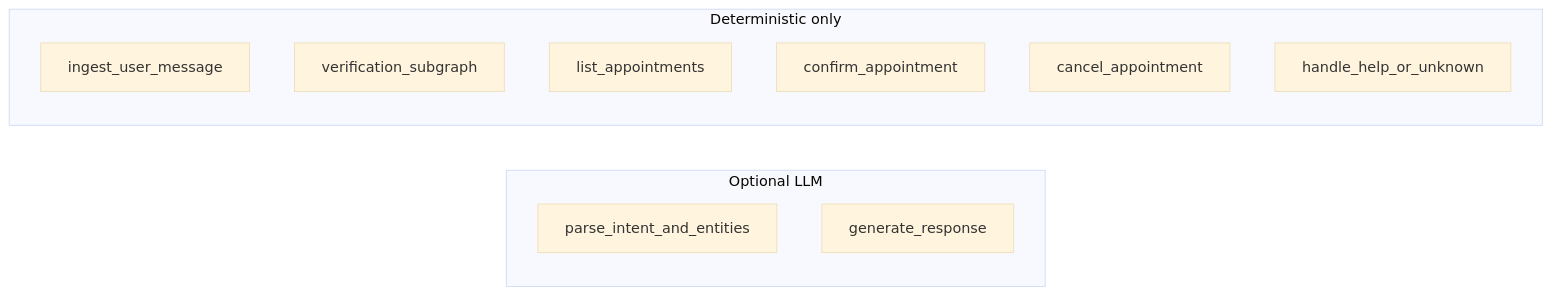
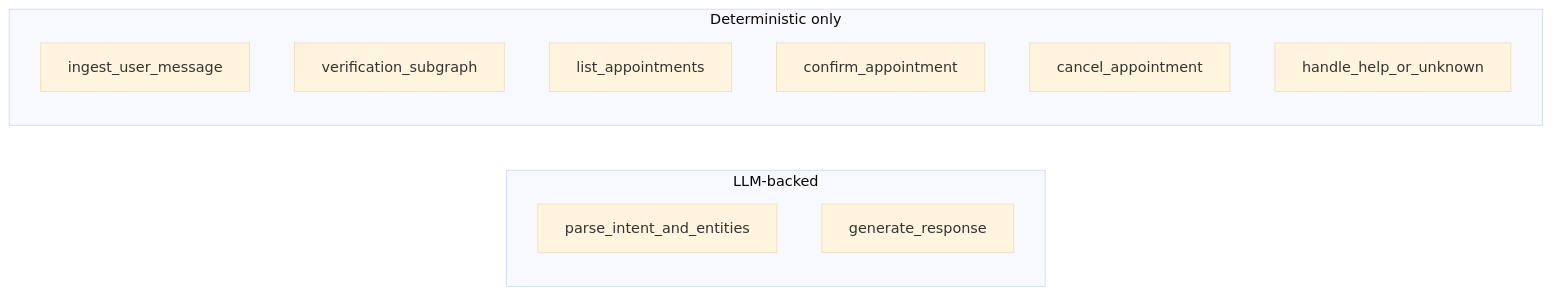
One commit to ktakanopy/appointment-bot changed the diagram in docs/llm-boundary.md. Above: the diagram before and after it, drawn with Mermaid (base theme). The commit also changed other lines of this file and 20 other files, not shown here.

````diff
--- a/docs/llm-boundary.md
+++ b/docs/llm-boundary.md
@@ -80,15 +70,15 @@
 ```mermaid
 flowchart LR
-  subgraph optional_llm["Optional LLM"]
+  subgraph llm_nodes["LLM-backed"]
     A[parse_intent_and_entities]
     B[generate_response]
   end
   subgraph deterministic_only["Deterministic only"]
     C[ingest_user_message]
     D[verification_subgraph]
     E[list_appointments]
     F[confirm_appointment]
     G[cancel_appointment]
     H[handle_help_or_unknown]
   end
 ```
````
